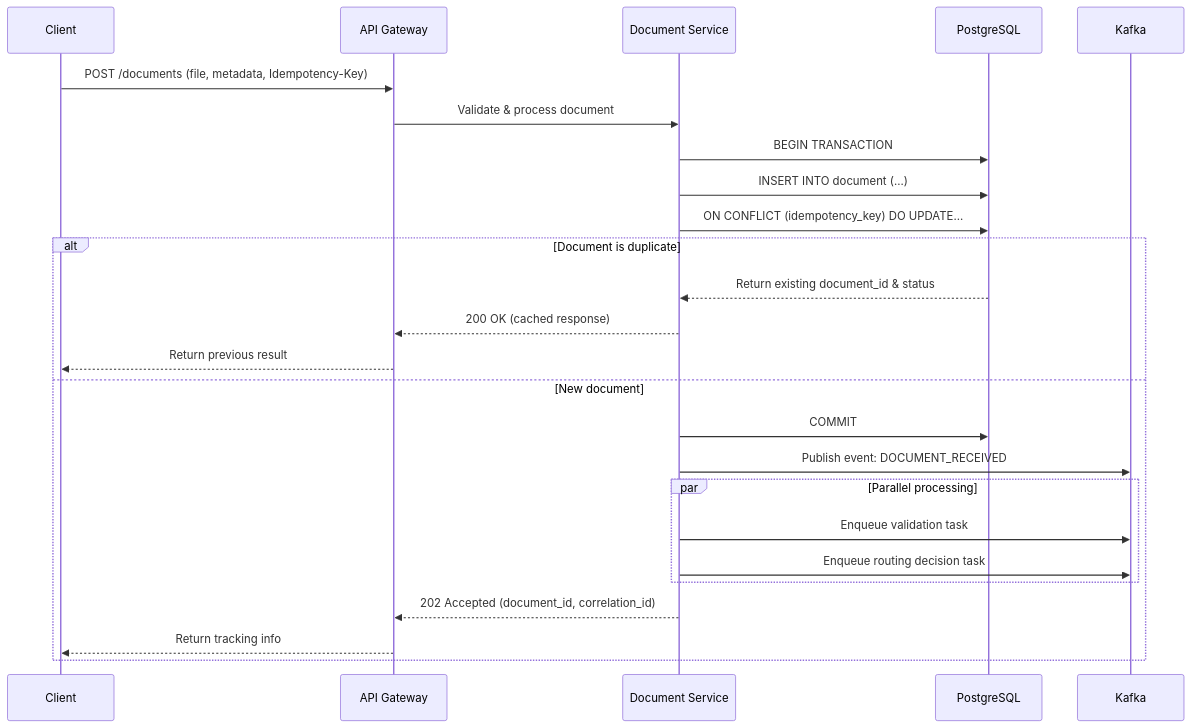
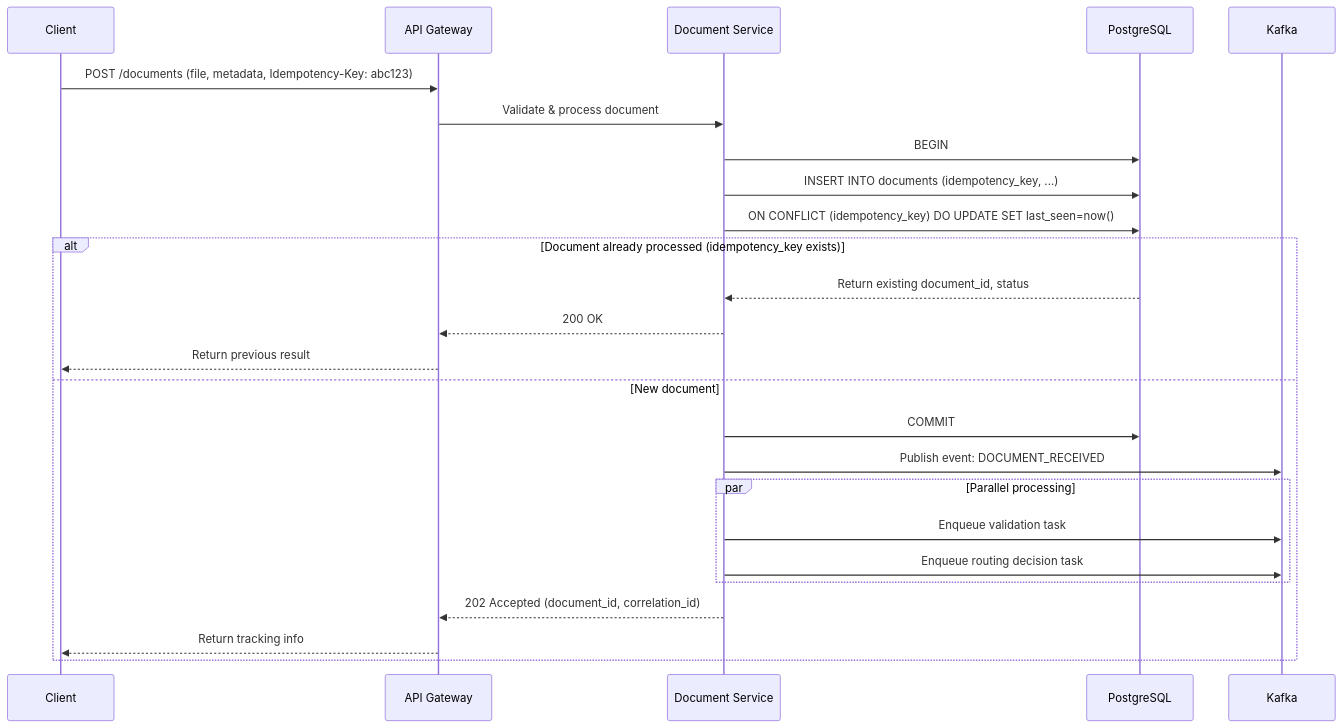
The second of 6 diagrams in dev-solution-documents.md (AlexanderScheqolev/DS_DDF), drawn with Mermaid before and after one commit. The commit also changed other lines of this file, not shown here.

````diff
--- a/dev-solution-documents.md
+++ b/dev-solution-documents.md
@@ -296,32 +299,32 @@
 ```mermaid
 sequenceDiagram
     participant Client
     participant API as API Gateway
     participant DocSvc as Document Service
     participant DB as PostgreSQL
     participant Queue as Kafka
 
-    Client->>API: POST /documents (file, metadata, Idempotency-Key)
+    Client->>API: POST /documents (file, metadata, Idempotency-Key: abc123)
     API->>DocSvc: Validate & process document
     
-    DocSvc->>DB: BEGIN TRANSACTION
-    DocSvc->>DB: INSERT INTO document (...)
-    DocSvc->>DB: ON CONFLICT (idempotency_key) DO UPDATE...
+    DocSvc->>DB: BEGIN
+    DocSvc->>DB: INSERT INTO documents (idempotency_key, ...) 
+    DocSvc->>DB: ON CONFLICT (idempotency_key) DO UPDATE SET last_seen=now()
     
-    alt Document is duplicate
-        DB-->>DocSvc: Return existing document_id & status
-        DocSvc-->>API: 200 OK (cached response)
+    alt Document already processed (idempotency_key exists)
+        DB-->>DocSvc: Return existing document_id, status
+        DocSvc-->>API: 200 OK 
         API-->>Client: Return previous result
     else New document
         DocSvc->>DB: COMMIT
         DocSvc->>Queue: Publish event: DOCUMENT_RECEIVED
         
         par Parallel processing
             DocSvc->>Queue: Enqueue validation task
             DocSvc->>Queue: Enqueue routing decision task
         end
         
         DocSvc-->>API: 202 Accepted (document_id, correlation_id)
         API-->>Client: Return tracking info
     end
 ```
````
